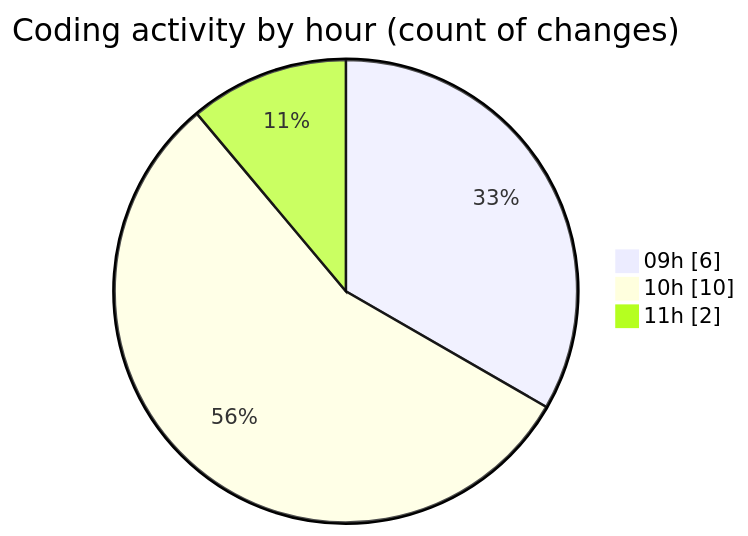
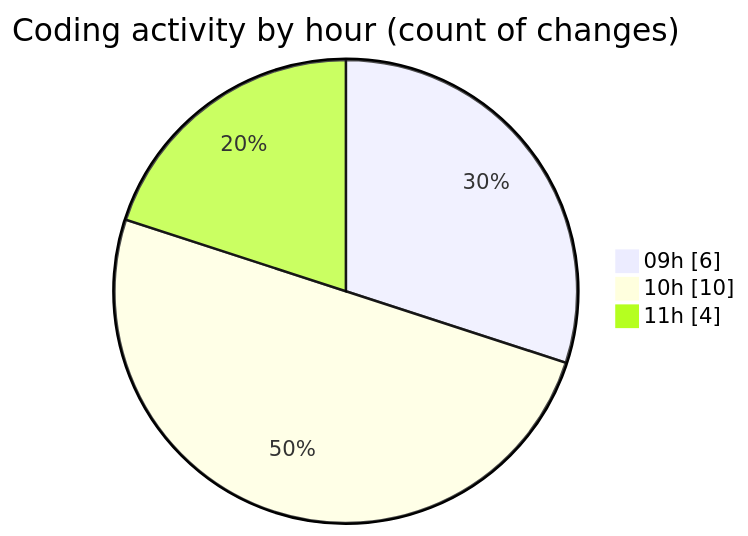
One commit to momahboobian/code-tracking changed the second of 2 diagrams in 2026-01-15/cda/README.md. Above: the diagram before and after it, drawn with Mermaid. The commit also changed other lines of this file and 1 other file, not shown here.

````diff
--- a/2026-01-15/cda/README.md
+++ b/2026-01-15/cda/README.md
@@ -35,7 +36,7 @@
 ```mermaid
 pie showData
 title Coding activity by hour (count of changes)
 "09h" : 6
 "10h" : 10
-"11h" : 2
+"11h" : 4
 ```
````
